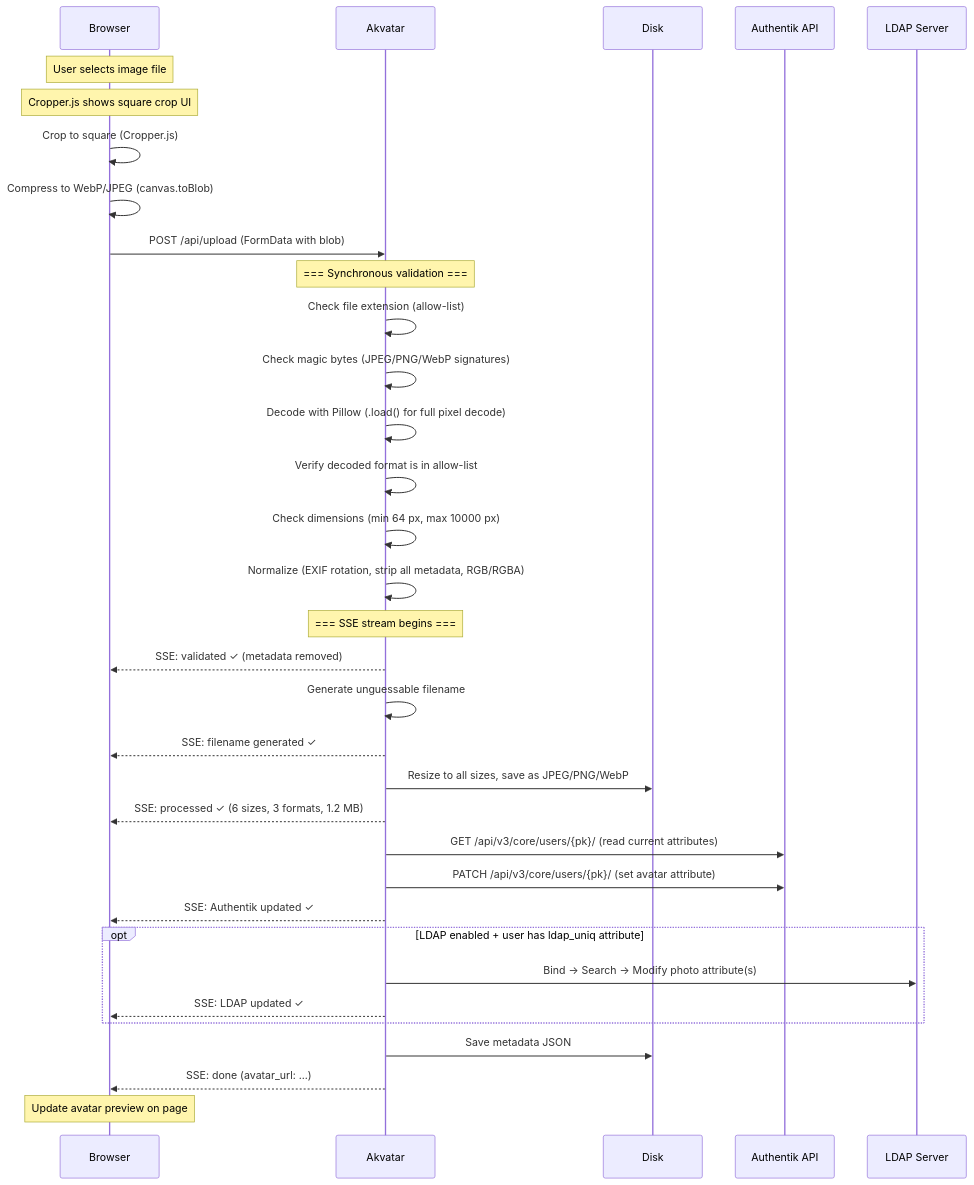
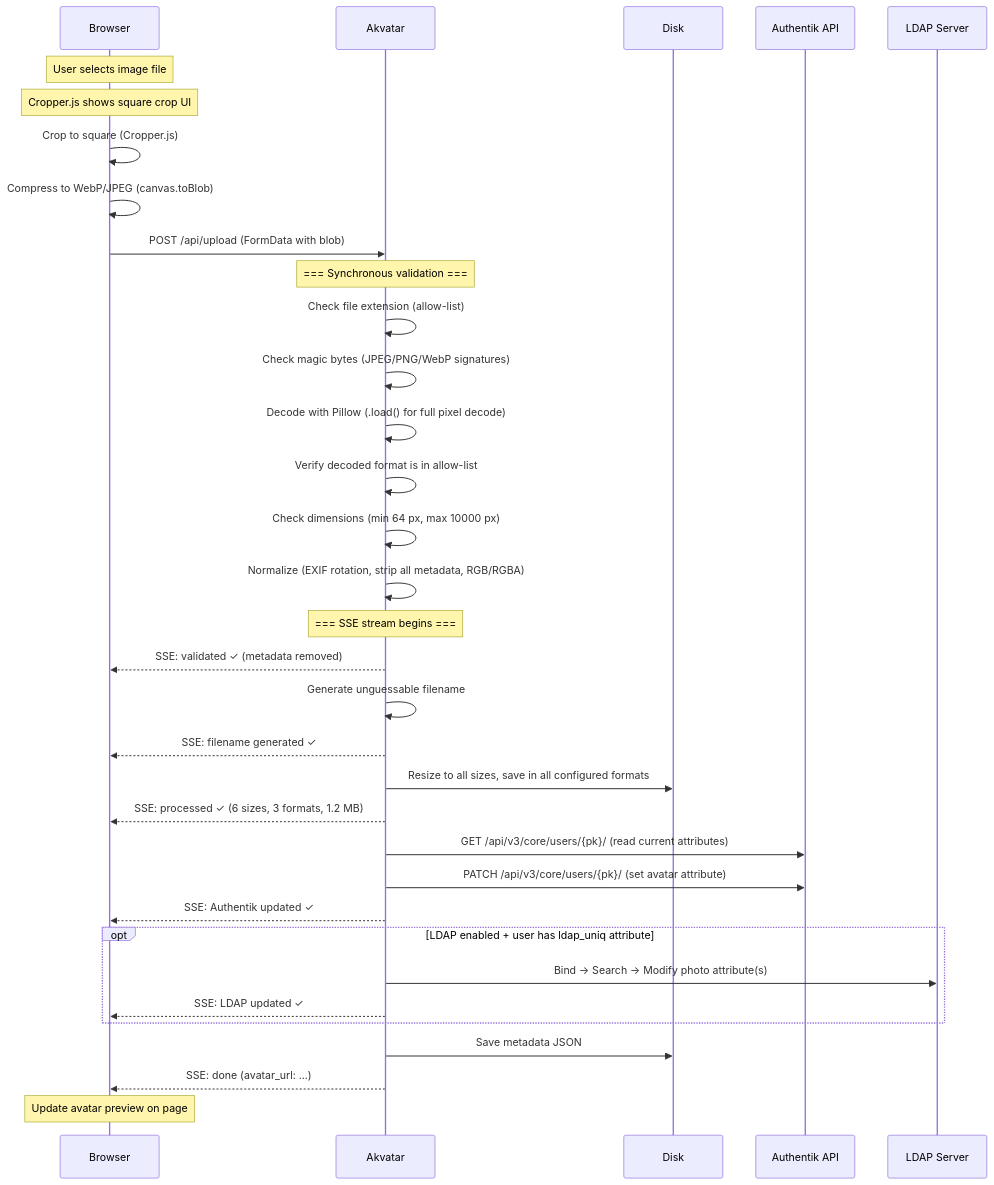
The second of 3 diagrams in docs/how-it-works.md (patschi/akvatar), drawn with Mermaid before and after one commit. The commit also changed other lines of this file and 14 other files, not shown here.

````diff
--- a/docs/how-it-works.md
+++ b/docs/how-it-works.md
@@ -89,45 +89,45 @@
 ```mermaid
 sequenceDiagram
     participant B as Browser
     participant A as Akvatar
     participant D as Disk
     participant K as Authentik API
     participant L as LDAP Server
 
     Note over B: User selects image file
     Note over B: Cropper.js shows square crop UI
     B->>B: Crop to square (Cropper.js)
     B->>B: Compress to WebP/JPEG (canvas.toBlob)
     B->>A: POST /api/upload (FormData with blob)
 
     Note over A: === Synchronous validation ===
     A->>A: Check file extension (allow-list)
     A->>A: Check magic bytes (JPEG/PNG/WebP signatures)
     A->>A: Decode with Pillow (.load() for full pixel decode)
     A->>A: Verify decoded format is in allow-list
     A->>A: Check dimensions (min 64 px, max 10000 px)
     A->>A: Normalize (EXIF rotation, strip all metadata, RGB/RGBA)
 
     Note over A: === SSE stream begins ===
     A-->>B: SSE: validated ✓ (metadata removed)
 
     A->>A: Generate unguessable filename
     A-->>B: SSE: filename generated ✓
 
-    A->>D: Resize to all sizes, save as JPEG/PNG/WebP
+    A->>D: Resize to all sizes, save in all configured formats
     A-->>B: SSE: processed ✓ (6 sizes, 3 formats, 1.2 MB)
 
     A->>K: GET /api/v3/core/users/{pk}/ (read current attributes)
     A->>K: PATCH /api/v3/core/users/{pk}/ (set avatar attribute)
     A-->>B: SSE: Authentik updated ✓
 
     opt LDAP enabled + user has ldap_uniq attribute
         A->>L: Bind → Search → Modify photo attribute(s)
         A-->>B: SSE: LDAP updated ✓
     end
 
     A->>D: Save metadata JSON
     A-->>B: SSE: done (avatar_url: ...)
 
     Note over B: Update avatar preview on page
 ```
````
